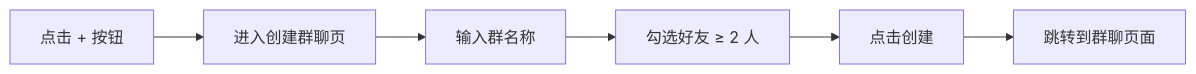
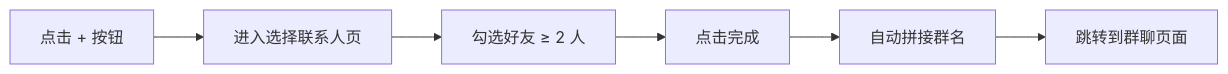
Before and after one commit to toly1994328/flash_im_by_ai: the first of 7 diagrams in docs/features/im/group/v0.0.1/analysis.md, drawn with Mermaid. The commit also changed other lines of this file and 84 other files, not shown here.

````diff
--- a/docs/features/im/group/v0.0.1/analysis.md
+++ b/docs/features/im/group/v0.0.1/analysis.md
@@ -30,8 +19,8 @@
 ```mermaid
 flowchart LR
-    A[点击 + 按钮] --> B[进入创建群聊页]
-    B --> C[输入群名称]
-    C --> D[勾选好友 ≥ 2 人]
-    D --> E[点击创建]
+    A[点击 + 按钮] --> B[进入选择联系人页]
+    B --> C[勾选好友 ≥ 2 人]
+    C --> D[点击完成]
+    D --> E[自动拼接群名]
     E --> F[跳转到群聊页面]
 ```
````
